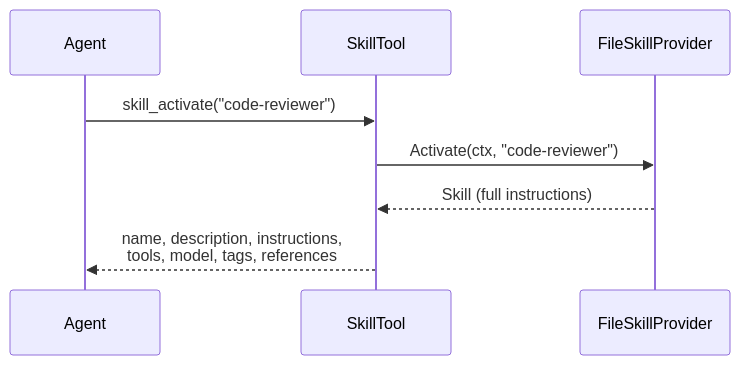
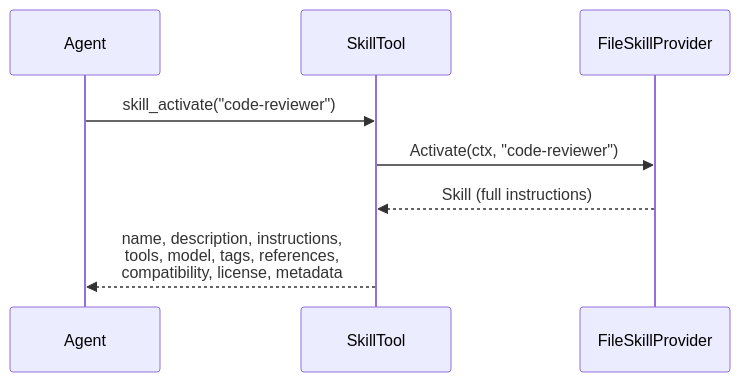
The third of 6 diagrams in docs/guides/skills.md (nevindra/oasis), drawn with Mermaid before and after one commit. The commit also changed other lines of this file and 40 other files, not shown here.

First line of the commit message:
feat!: skill architecture v2 — AgentSkills compatibility, prescriptive skills, remove oasis-render

````diff
--- a/docs/guides/skills.md
+++ b/docs/guides/skills.md
@@ -183,11 +195,11 @@
 ```mermaid
 sequenceDiagram
     participant Agent
     participant SkillTool
     participant Provider as FileSkillProvider
 
     Agent->>SkillTool: skill_activate("code-reviewer")
     SkillTool->>Provider: Activate(ctx, "code-reviewer")
     Provider-->>SkillTool: Skill (full instructions)
-    SkillTool-->>Agent: name, description, instructions,<br>tools, model, tags, references
+    SkillTool-->>Agent: name, description, instructions,<br>tools, model, tags, references,<br>compatibility, license, metadata
 ```
````
